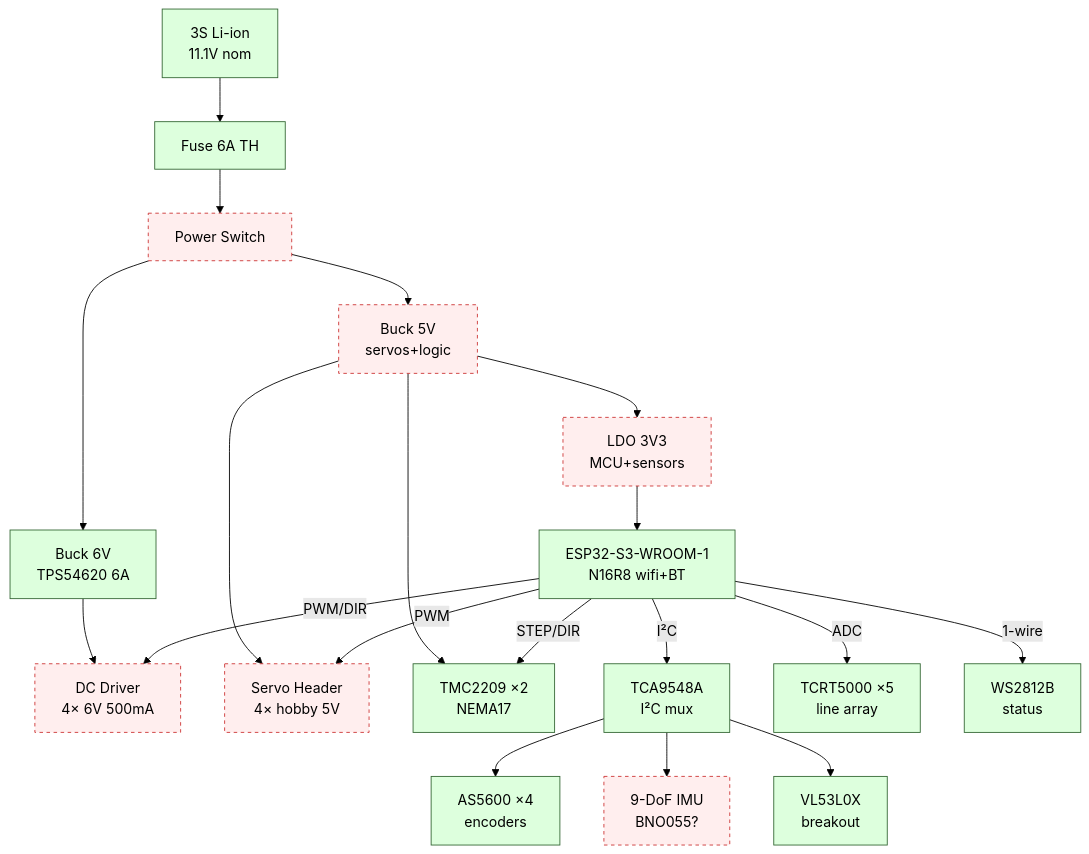
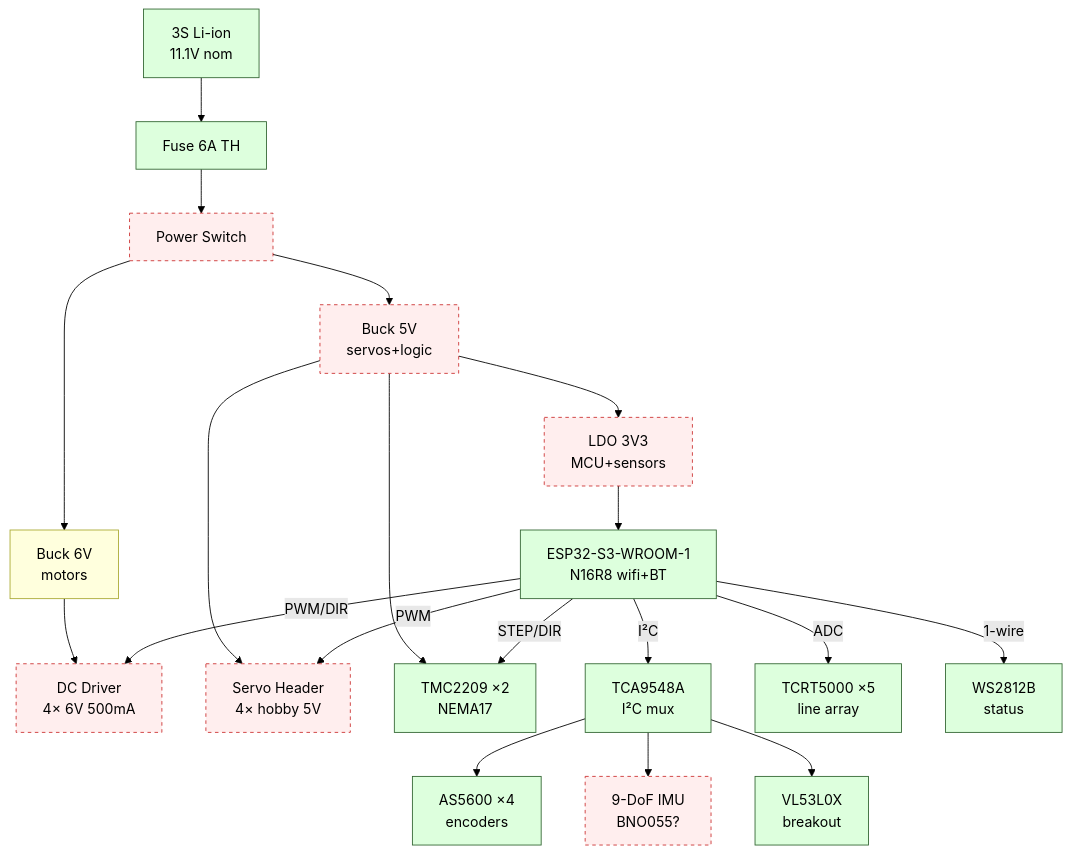
The second of 2 diagrams in DESIGN_LIVE.md (El-Guapo2024/hw-toolkit), drawn with Mermaid (forest theme) before and after one commit. The commit also changed other lines of this file and 1 other file, not shown here.

````diff
--- a/DESIGN_LIVE.md
+++ b/DESIGN_LIVE.md
@@ -3,28 +27,28 @@
 ```mermaid
 flowchart TD
   BAT[3S Li-ion<br/>11.1V nom]:::done --> FUSE[Fuse 6A TH]:::done
   FUSE --> SW[Power Switch]:::tbd
-  SW --> BUCK6[Buck 6V<br/>TPS54620 6A]:::done
+  SW --> BUCK6[Buck 6V<br/>motors]:::wip
   SW --> BUCK5[Buck 5V<br/>servos+logic]:::tbd
   BUCK5 --> LDO3[LDO 3V3<br/>MCU+sensors]:::tbd
 
   LDO3 --> MCU[ESP32-S3-WROOM-1<br/>N16R8 wifi+BT]:::done
 
   BUCK6 --> DC[DC Driver<br/>4× 6V 500mA]:::tbd
   BUCK5 --> SRV[Servo Header<br/>4× hobby 5V]:::tbd
   BUCK5 --> STP[TMC2209 ×2<br/>NEMA17]:::done
 
   MCU -- I²C --> MUX[TCA9548A<br/>I²C mux]:::done
   MUX --> ENC[AS5600 ×4<br/>encoders]:::done
   MUX --> IMU[9-DoF IMU<br/>BNO055?]:::tbd
   MUX --> TOF[VL53L0X<br/>breakout]:::done
   MCU -- PWM --> SRV
   MCU -- STEP/DIR --> STP
   MCU -- PWM/DIR --> DC
   MCU -- ADC --> LINE[TCRT5000 ×5<br/>line array]:::done
   MCU -- 1-wire --> LED[WS2812B<br/>status]:::done
 
   classDef tbd fill:#fee,stroke:#c33,stroke-dasharray:4
   classDef done fill:#dfd,stroke:#363
   classDef wip fill:#ffd,stroke:#aa3
 ```
````
